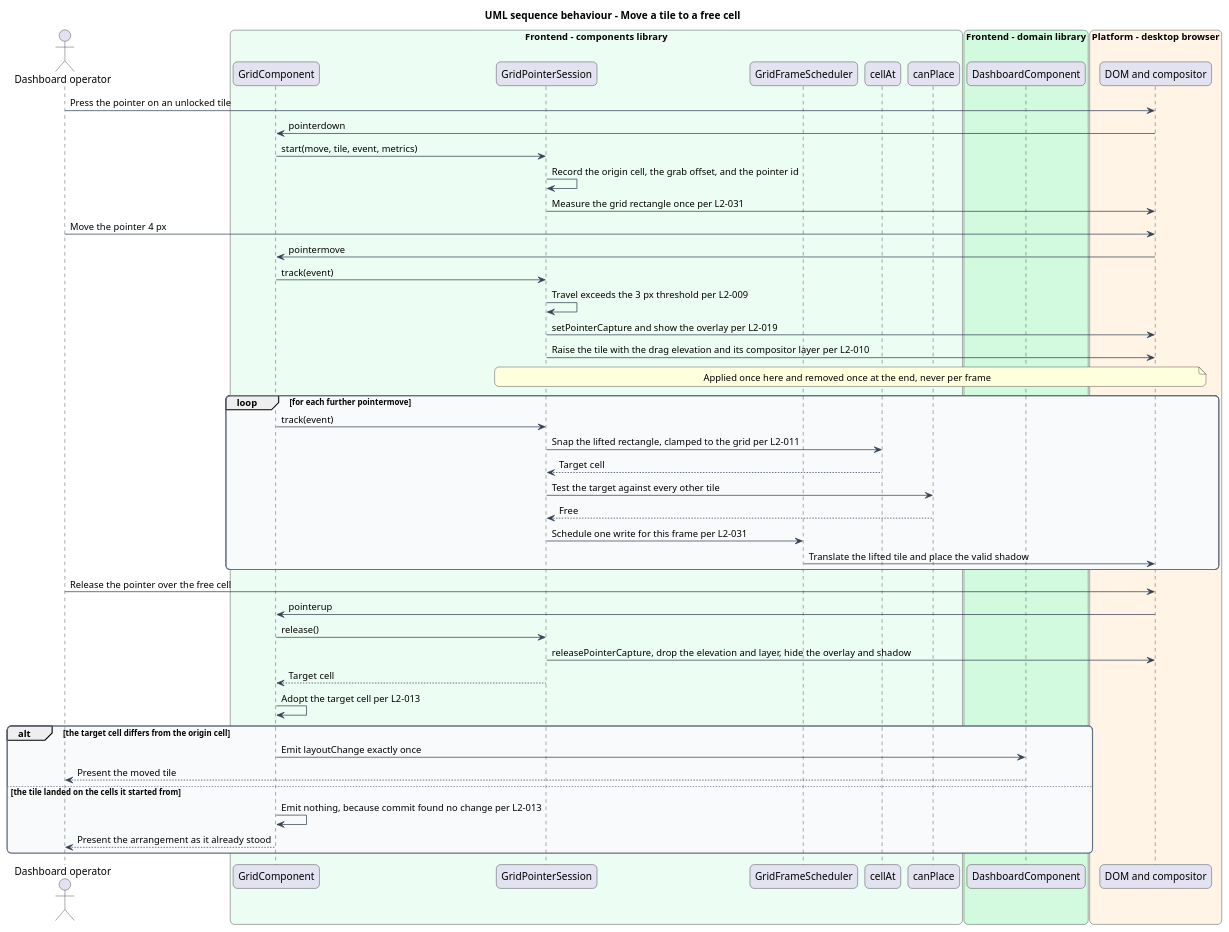
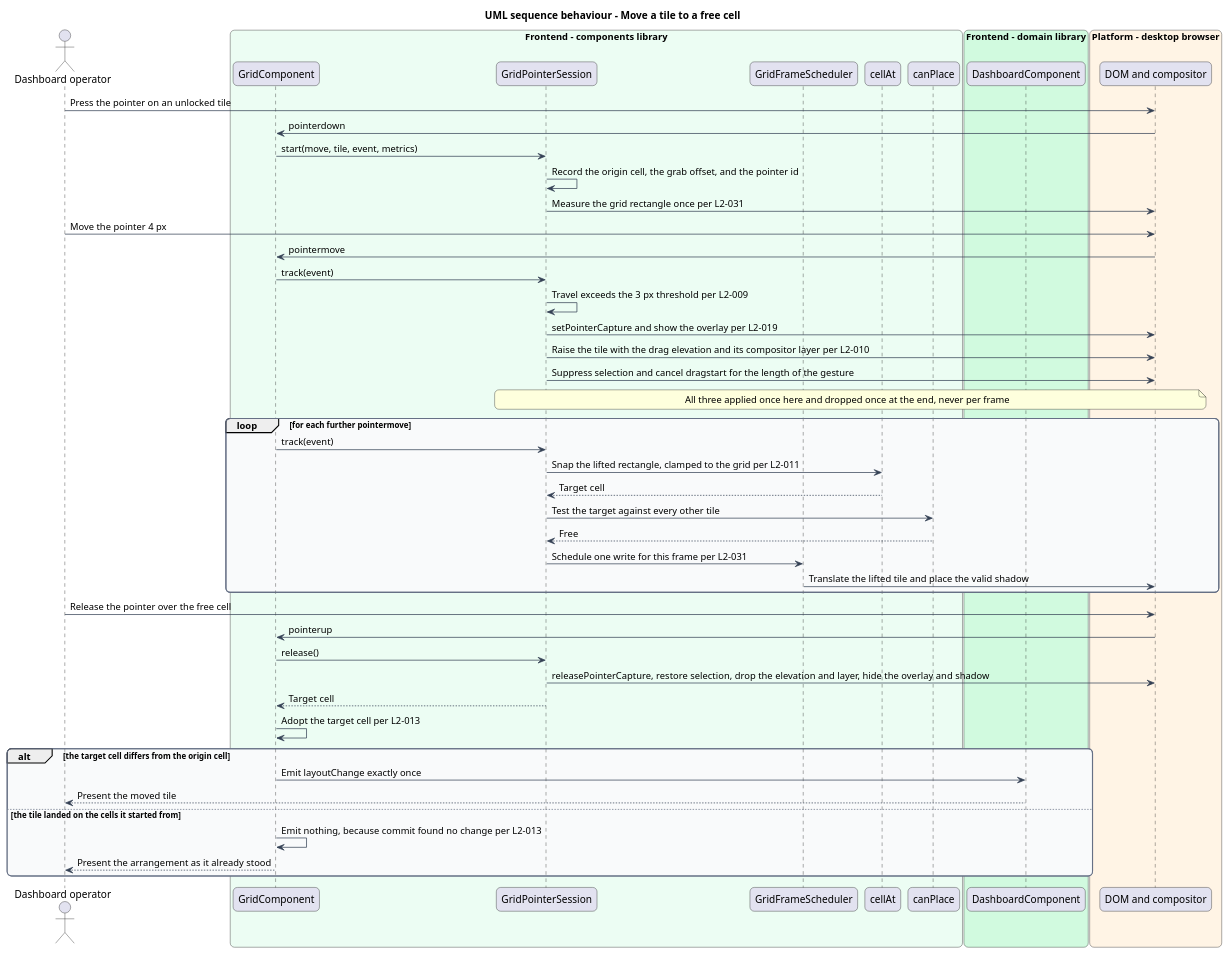
Before and after one commit to QuinntyneBrown/qbc-grid: the diagram in docs/detailed-designs/tile-interaction/move-a-tile/diagrams/sequence-move-commit.puml, drawn with PlantUML. The commit also changed 3 other files, not shown here.

First line of the commit message:
docs: correct two more sequences left behind by later decisions

```diff
--- a/docs/detailed-designs/tile-interaction/move-a-tile/diagrams/sequence-move-commit.puml
+++ b/docs/detailed-designs/tile-interaction/move-a-tile/diagrams/sequence-move-commit.puml
@@ -1,66 +1,67 @@
 @startuml
 title UML sequence behaviour - Move a tile to a free cell
 skinparam backgroundColor #FFFFFF
 skinparam shadowing false
 skinparam roundcorner 12
 skinparam defaultFontName Arial
 skinparam ArrowColor #344054
 skinparam rectangle {
   BorderColor #344054
   FontColor #101828
 }
 skinparam package {
   BorderColor #667085
   FontColor #101828
   BackgroundColor #F9FAFB
 }
 actor "Dashboard operator" as actor
 box "Frontend - components library" #ECFDF3
   participant "GridComponent" as grid
   participant "GridPointerSession" as session
   participant "GridFrameScheduler" as scheduler
   participant "cellAt" as cellat
   participant "canPlace" as canplace
 end box
 box "Frontend - domain library" #D1FADF
   participant "DashboardComponent" as dashboard
 end box
 box "Platform - desktop browser" #FFF4E5
   participant "DOM and compositor" as dom
 end box
 
 actor -> dom : Press the pointer on an unlocked tile
 dom -> grid : pointerdown
 grid -> session : start(move, tile, event, metrics)
 session -> session : Record the origin cell, the grab offset, and the pointer id
 session -> dom : Measure the grid rectangle once per L2-031
 actor -> dom : Move the pointer 4 px
 dom -> grid : pointermove
 grid -> session : track(event)
 session -> session : Travel exceeds the 3 px threshold per L2-009
 session -> dom : setPointerCapture and show the overlay per L2-019
 session -> dom : Raise the tile with the drag elevation and its compositor layer per L2-010
-note over session, dom : Applied once here and removed once at the end, never per frame
+session -> dom : Suppress selection and cancel dragstart for the length of the gesture
+note over session, dom : All three applied once here and dropped once at the end, never per frame
 loop for each further pointermove
   grid -> session : track(event)
   session -> cellat : Snap the lifted rectangle, clamped to the grid per L2-011
   cellat --> session : Target cell
   session -> canplace : Test the target against every other tile
   canplace --> session : Free
   session -> scheduler : Schedule one write for this frame per L2-031
   scheduler -> dom : Translate the lifted tile and place the valid shadow
 end
 actor -> dom : Release the pointer over the free cell
 dom -> grid : pointerup
 grid -> session : release()
-session -> dom : releasePointerCapture, drop the elevation and layer, hide the overlay and shadow
+session -> dom : releasePointerCapture, restore selection, drop the elevation and layer, hide the overlay and shadow
 session --> grid : Target cell
 grid -> grid : Adopt the target cell per L2-013
 alt the target cell differs from the origin cell
   grid -> dashboard : Emit layoutChange exactly once
   dashboard --> actor : Present the moved tile
 else the tile landed on the cells it started from
   grid -> grid : Emit nothing, because commit found no change per L2-013
   grid --> actor : Present the arrangement as it already stood
 end
 @enduml
```
